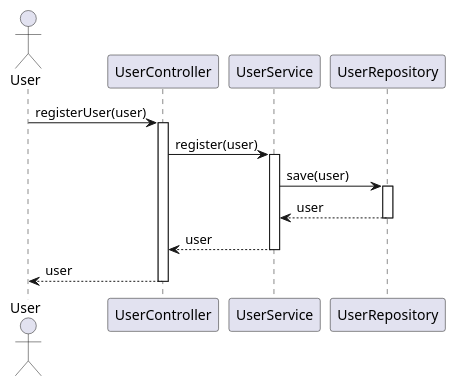
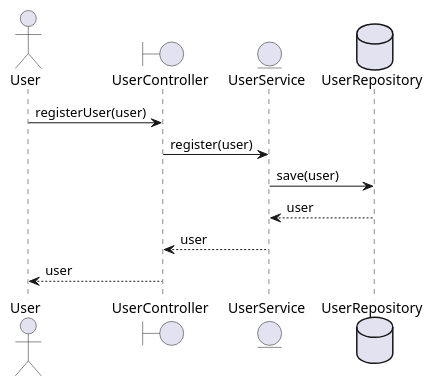
One commit to Dinesh-s95/AutoDoc.ai changed the first of 4 diagrams in identityprovider/documentation/detaileddesign.adoc. Above: the diagram before and after it, drawn with PlantUML. The commit also changed other lines of this file and 18 other files, not shown here.

```diff
--- a/identityprovider/documentation/detaileddesign.adoc
+++ b/identityprovider/documentation/detaileddesign.adoc
@@ -198,27 +145,16 @@
-[plantuml, user-registration-flow, png]
+[plantuml, user-registration-sequence, png]
 ----
 @startuml
 actor User
-participant UserController
-participant UserService
-participant UserRepository
+boundary UserController
+entity UserService
+database UserRepository
 
 User -> UserController : registerUser(user)
-activate UserController
-
 UserController -> UserService : register(user)
-activate UserService
-
 UserService -> UserRepository : save(user)
-activate UserRepository
-
 UserRepository --> UserService : user
-deactivate UserRepository
-
 UserService --> UserController : user
-deactivate UserService
-
 UserController --> User : user
-deactivate UserController
 @enduml
 ----
```
